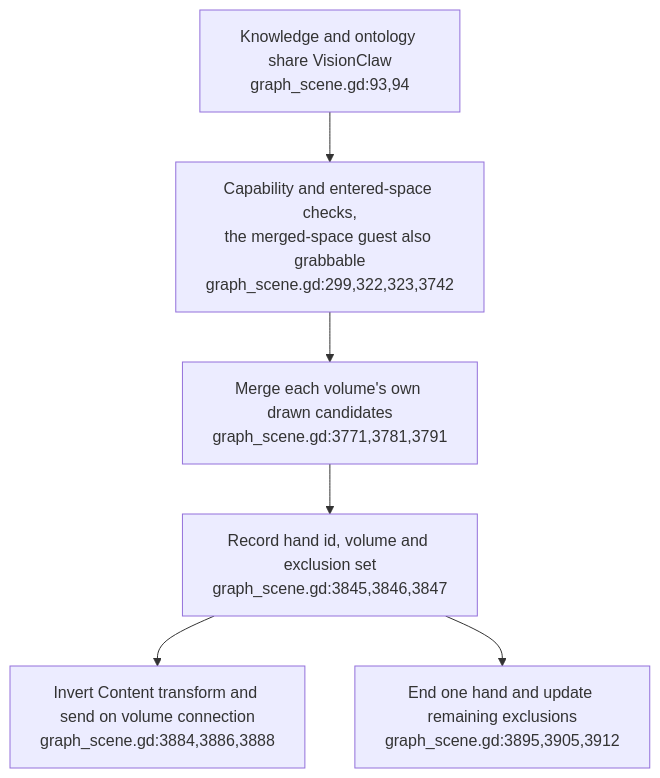
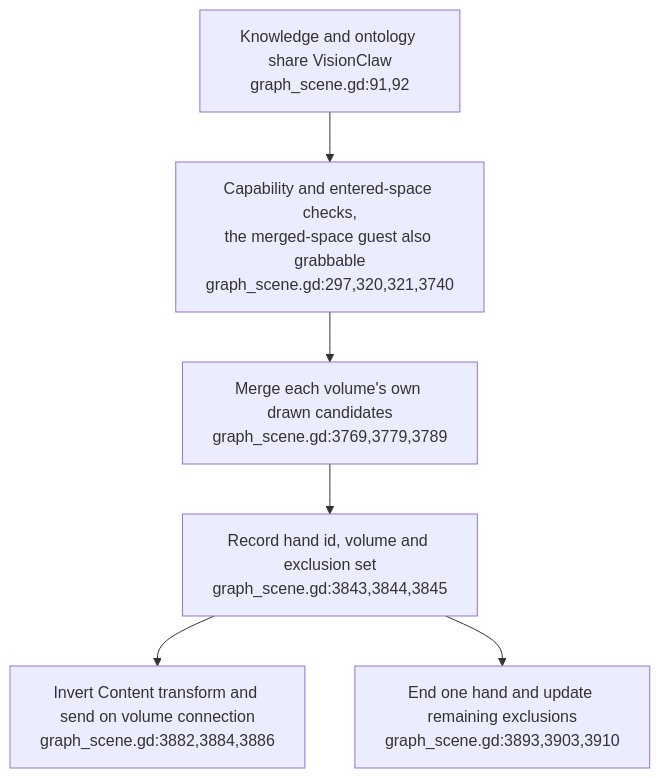
The first of 6 diagrams in docs/diagrams/visionclaw/53-xr-grab-lifetimes-and-input.md (DreamLab-AI/VisionFlow), drawn with Mermaid before and after one commit. The commit also changed other lines of this file and 6 other files, not shown here.

First line of the commit message:
diagrams(visionclaw): re-verify VC-51..57 at visionclaw 4900ec60

````diff
--- a/docs/diagrams/visionclaw/53-xr-grab-lifetimes-and-input.md
+++ b/docs/diagrams/visionclaw/53-xr-grab-lifetimes-and-input.md
@@ -28,8 +28,8 @@
 ```mermaid
 flowchart TD
-    VOL["Knowledge and ontology share VisionClaw<br/>graph_scene.gd:93,94"] --> GATE["Capability and entered-space checks,<br/>the merged-space guest also grabbable<br/>graph_scene.gd:299,322,323,3742"]
-    GATE --> PACK["Merge each volume's own drawn candidates<br/>graph_scene.gd:3771,3781,3791"]
-    PACK --> HOLD["Record hand id, volume and exclusion set<br/>graph_scene.gd:3845,3846,3847"]
-    HOLD --> DRIVE["Invert Content transform and send on volume connection<br/>graph_scene.gd:3884,3886,3888"]
-    HOLD --> RELEASE["End one hand and update remaining exclusions<br/>graph_scene.gd:3895,3905,3912"]
+    VOL["Knowledge and ontology share VisionClaw<br/>graph_scene.gd:91,92"] --> GATE["Capability and entered-space checks,<br/>the merged-space guest also grabbable<br/>graph_scene.gd:297,320,321,3740"]
+    GATE --> PACK["Merge each volume's own drawn candidates<br/>graph_scene.gd:3769,3779,3789"]
+    PACK --> HOLD["Record hand id, volume and exclusion set<br/>graph_scene.gd:3843,3844,3845"]
+    HOLD --> DRIVE["Invert Content transform and send on volume connection<br/>graph_scene.gd:3882,3884,3886"]
+    HOLD --> RELEASE["End one hand and update remaining exclusions<br/>graph_scene.gd:3893,3903,3910"]
 ```
````
